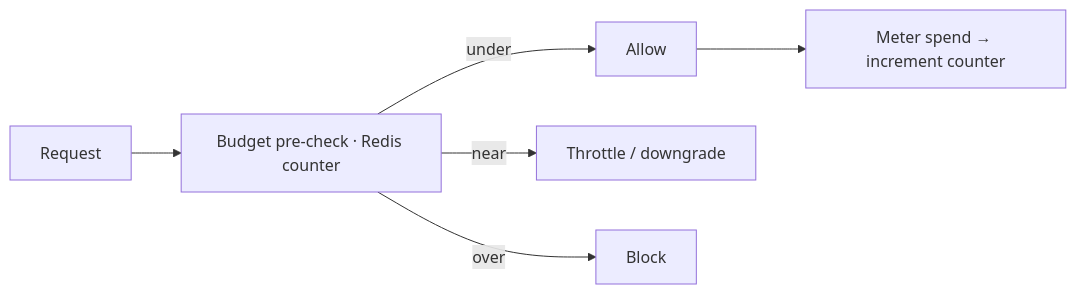
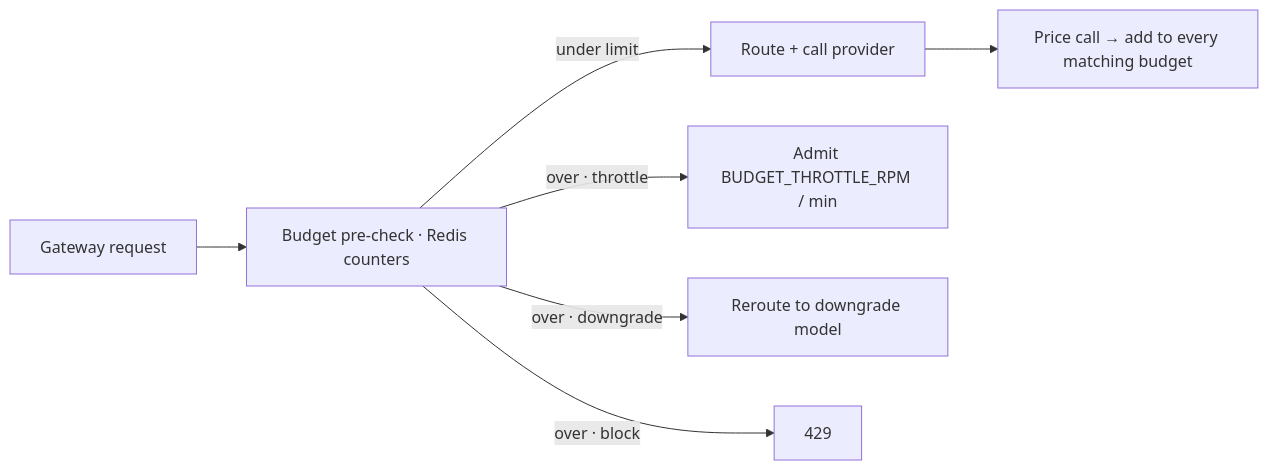
Before and after one commit to avs6/runledger-community: the diagram in docs/finops/budgets.mdx, drawn with Mermaid. The commit also changed other lines of this file and 171 other files, not shown here.

````diff
--- a/docs/finops/budgets.mdx
+++ b/docs/finops/budgets.mdx
@@ -31,8 +31,9 @@
 ```mermaid
 flowchart LR
-  req[Request] --> chk[Budget pre-check · Redis counter]
-  chk -- under --> allow[Allow]
-  chk -- near --> action1[Throttle / downgrade]
-  chk -- over --> action2[Block]
-  allow --> meter[Meter spend → increment counter]
+  req[Gateway request] --> chk[Budget pre-check · Redis counters]
+  chk -- under limit --> allow[Route + call provider]
+  chk -- over · throttle --> thr[Admit BUDGET_THROTTLE_RPM / min]
+  chk -- over · downgrade --> dg[Reroute to downgrade model]
+  chk -- over · block --> blk[429]
+  allow --> meter[Price call → add to every matching budget]
 ```
````
